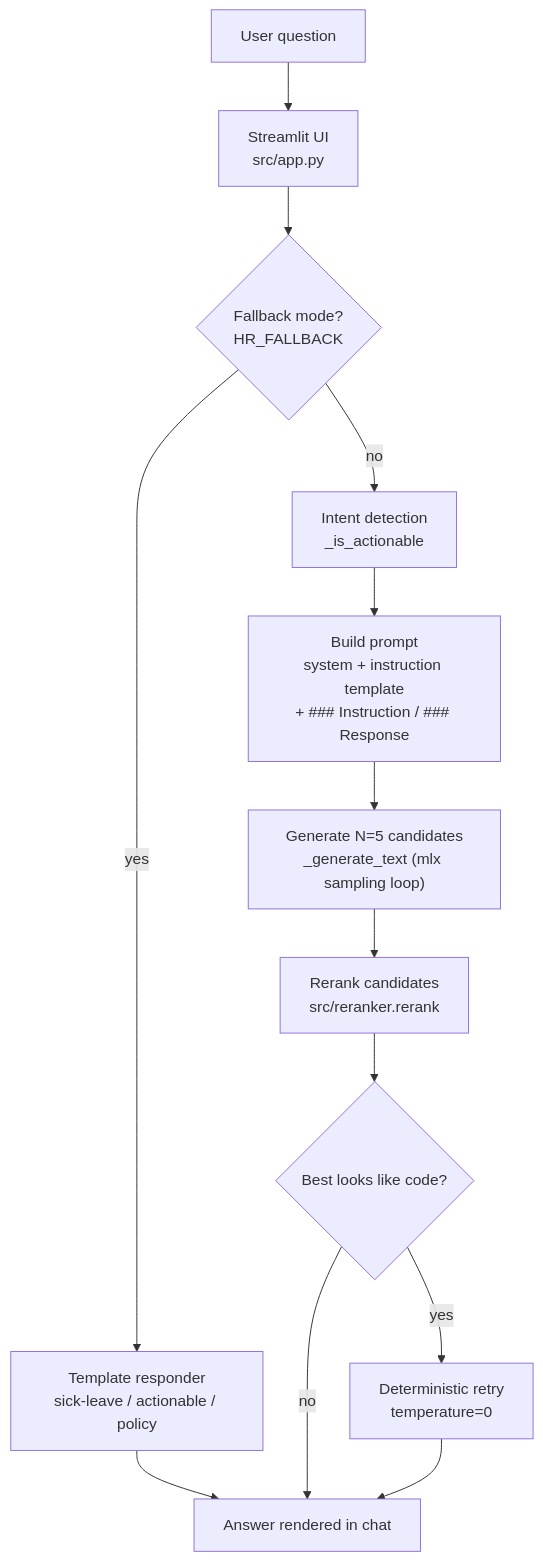
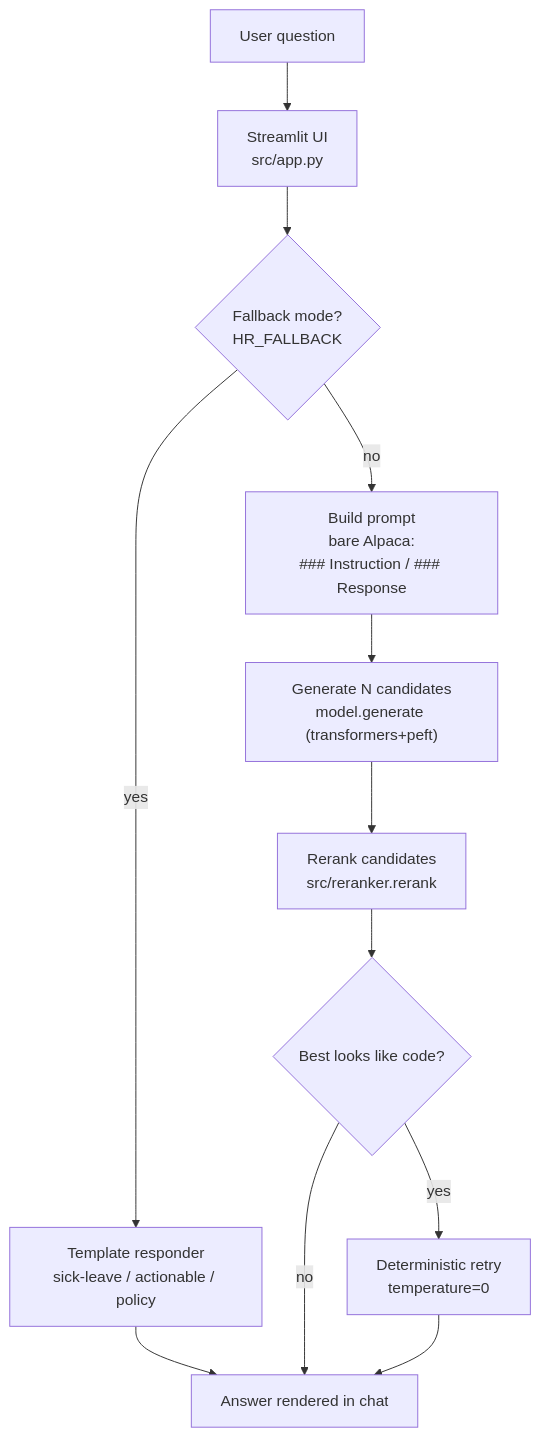
The second of 2 diagrams in docs/ARCHITECTURE.md (raosinga6/HR-assistant), drawn with Mermaid before and after one commit. The commit also changed other lines of this file and 9 other files, not shown here.

First line of the commit message:
Fix generation path: port off mlx to transformers/peft and fix prompt (#3)

````diff
--- a/docs/ARCHITECTURE.md
+++ b/docs/ARCHITECTURE.md
@@ -72,17 +73,16 @@
 ```mermaid
 flowchart TD
     Q[User question] --> UI[Streamlit UI<br/>src/app.py]
     UI --> FB{Fallback mode?<br/>HR_FALLBACK}
 
     FB -- yes --> TMPL[Template responder<br/>sick-leave / actionable / policy]
     TMPL --> OUT[Answer rendered in chat]
 
-    FB -- no --> INT[Intent detection<br/>_is_actionable]
-    INT --> P[Build prompt<br/>system + instruction template<br/>+ ### Instruction / ### Response]
-    P --> GEN["Generate N=5 candidates<br/>_generate_text (mlx sampling loop)"]
+    FB -- no --> P["Build prompt<br/>bare Alpaca:<br/>### Instruction / ### Response"]
+    P --> GEN["Generate N candidates<br/>model.generate (transformers+peft)"]
     GEN --> RR[Rerank candidates<br/>src/reranker.rerank]
     RR --> RETRY{Best looks like code?}
     RETRY -- yes --> GEN0["Deterministic retry<br/>temperature=0"]
     RETRY -- no --> OUT
     GEN0 --> OUT
 ```
````
